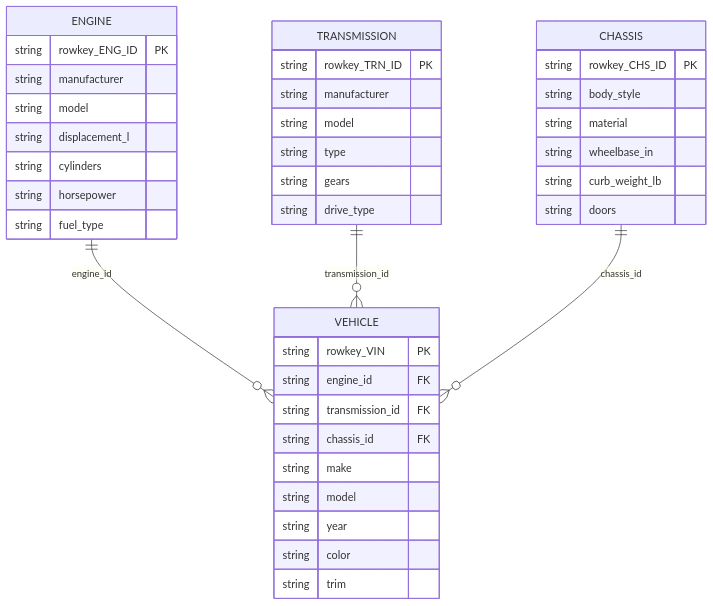
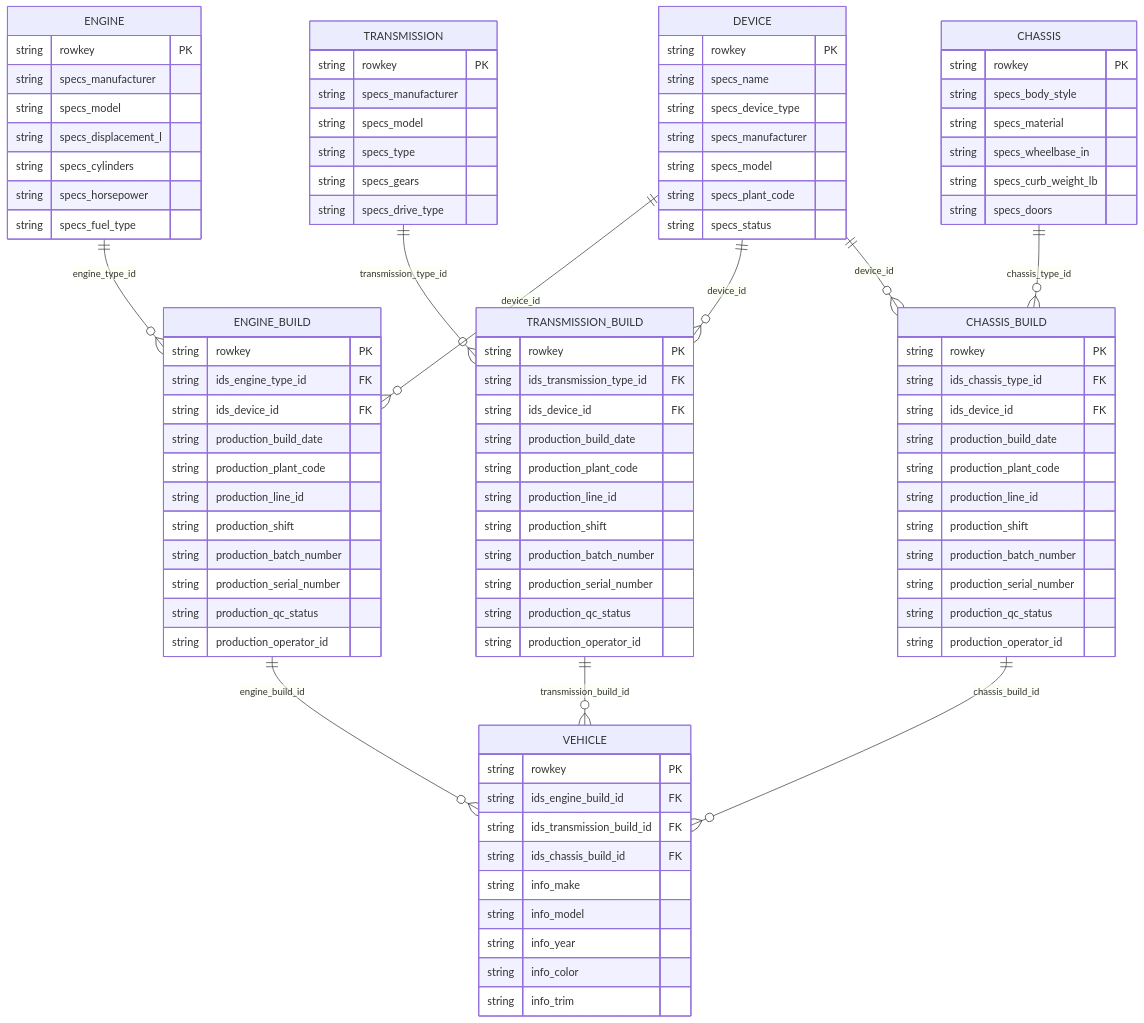
Before and after one commit to BrooksIan/PhoenixDotNet: the first of 2 diagrams in use-cases/vehicle360/README.md, drawn with Mermaid. The commit also changed other lines of this file and 17 other files, not shown here.

````diff
--- a/use-cases/vehicle360/README.md
+++ b/use-cases/vehicle360/README.md
@@ -22,46 +37,104 @@
 ```mermaid
 erDiagram
-  ENGINE ||--o{ VEHICLE : "engine_id"
-  TRANSMISSION ||--o{ VEHICLE : "transmission_id"
-  CHASSIS ||--o{ VEHICLE : "chassis_id"
+  ENGINE ||--o{ ENGINE_BUILD : "engine_type_id"
+  TRANSMISSION ||--o{ TRANSMISSION_BUILD : "transmission_type_id"
+  CHASSIS ||--o{ CHASSIS_BUILD : "chassis_type_id"
+  DEVICE ||--o{ ENGINE_BUILD : "device_id"
+  DEVICE ||--o{ TRANSMISSION_BUILD : "device_id"
+  DEVICE ||--o{ CHASSIS_BUILD : "device_id"
+  ENGINE_BUILD ||--o{ VEHICLE : "engine_build_id"
+  TRANSMISSION_BUILD ||--o{ VEHICLE : "transmission_build_id"
+  CHASSIS_BUILD ||--o{ VEHICLE : "chassis_build_id"
 
   ENGINE {
-    string rowkey_ENG_ID PK
-    string manufacturer
-    string model
-    string displacement_l
-    string cylinders
-    string horsepower
-    string fuel_type
+    string rowkey PK
+    string specs_manufacturer
+    string specs_model
+    string specs_displacement_l
+    string specs_cylinders
+    string specs_horsepower
+    string specs_fuel_type
   }
 
   TRANSMISSION {
-    string rowkey_TRN_ID PK
-    string manufacturer
-    string model
-    string type
-    string gears
-    string drive_type
+    string rowkey PK
+    string specs_manufacturer
+    string specs_model
+    string specs_type
+    string specs_gears
+    string specs_drive_type
   }
 
   CHASSIS {
-    string rowkey_CHS_ID PK
-    string body_style
-    string material
-    string wheelbase_in
-    string curb_weight_lb
-    string doors
+    string rowkey PK
+    string specs_body_style
+    string specs_material
+    string specs_wheelbase_in
+    string specs_curb_weight_lb
+    string specs_doors
+  }
+
+  DEVICE {
+    string rowkey PK
+    string specs_name
+    string specs_device_type
+    string specs_manufacturer
+    string specs_model
+    string specs_plant_code
+    string specs_status
+  }
+
+  ENGINE_BUILD {
+    string rowkey PK
+    string ids_engine_type_id FK
+    string ids_device_id FK
+    string production_build_date
+    string production_plant_code
+    string production_line_id
+    string production_shift
+    string production_batch_number
+    string production_serial_number
+    string production_qc_status
+    string production_operator_id
+  }
+
+  TRANSMISSION_BUILD {
+    string rowkey PK
+    string ids_transmission_type_id FK
+    string ids_device_id FK
+    string production_build_date
+    string production_plant_code
+    string production_line_id
+    string production_shift
+    string production_batch_number
+    string production_serial_number
+    string production_qc_status
+    string production_operator_id
+  }
+
+  CHASSIS_BUILD {
+    string rowkey PK
+    string ids_chassis_type_id FK
+    string ids_device_id FK
+    string production_build_date
+    string production_plant_code
+    string production_line_id
+    string production_shift
+    string production_batch_number
+    string production_serial_number
+    string production_qc_status
+    string production_operator_id
   }
 
   VEHICLE {
-    string rowkey_VIN PK
-    string engine_id FK
-    string transmission_id FK
-    string chassis_id FK
-    string make
-    string model
-    string year
-    string color
-    string trim
+    string rowkey PK
+    string ids_engine_build_id FK
+    string ids_transmission_build_id FK
+    string ids_chassis_build_id FK
+    string info_make
+    string info_model
+    string info_year
+    string info_color
+    string info_trim
   }
 ```
````
